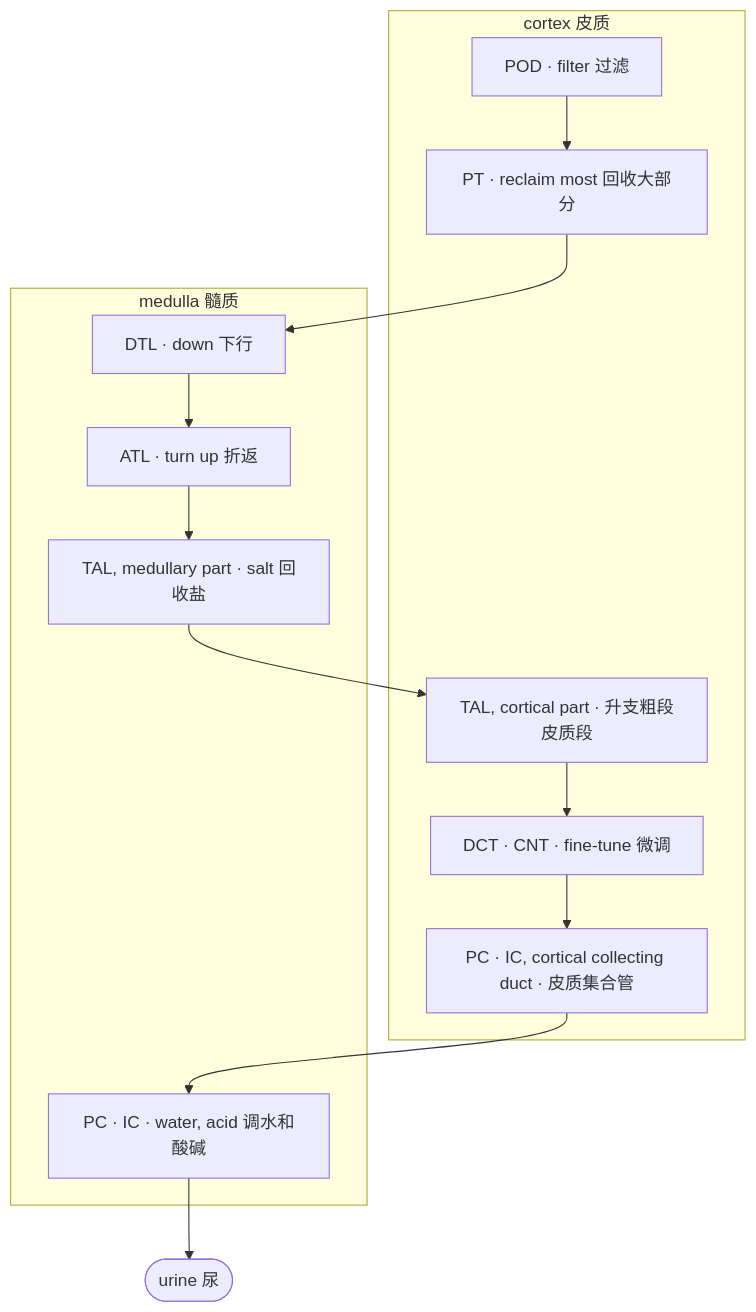
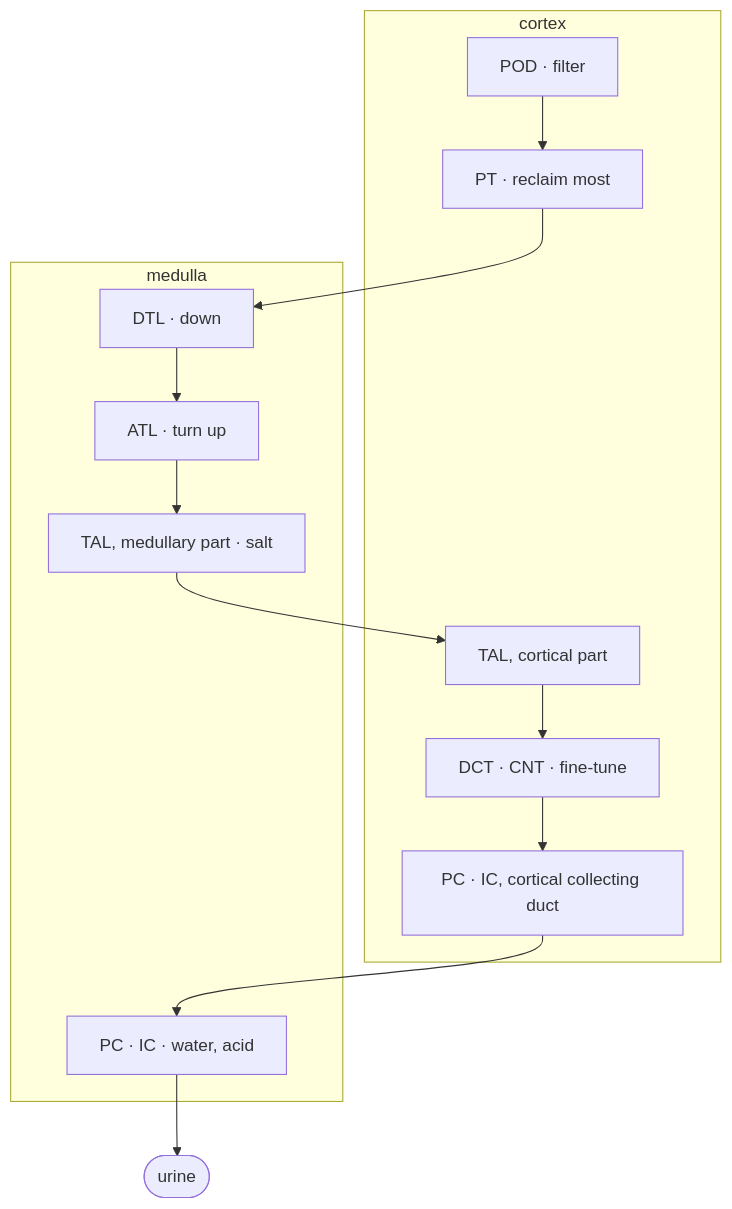
Before and after one commit to jasonjin34/Medical_reading_material: the second of 2 diagrams in onboarding/03-kidney.md, drawn with Mermaid. The commit also changed other lines of this file and 82 other files, not shown here.

````diff
--- a/onboarding/03-kidney.md
+++ b/onboarding/03-kidney.md
@@ -84,19 +108,19 @@
 ```mermaid
 flowchart TB
-  subgraph cortex["cortex 皮质"]
-    POD["POD · filter 过滤"] --> PT["PT · reclaim most 回收大部分"]
-    CTAL["TAL, cortical part · 升支粗段皮质段"]
-    DCT["DCT · CNT · fine-tune 微调"]
-    CCD["PC · IC, cortical collecting duct · 皮质集合管"]
+  subgraph cortex["cortex"]
+    POD["POD · filter"] --> PT["PT · reclaim most"]
+    CTAL["TAL, cortical part"]
+    DCT["DCT · CNT · fine-tune"]
+    CCD["PC · IC, cortical collecting duct"]
   end
-  subgraph medulla["medulla 髓质"]
-    DTL["DTL · down 下行"] --> ATL["ATL · turn up 折返"] --> MTAL["TAL, medullary part · salt 回收盐"]
-    MCD["PC · IC · water, acid 调水和酸碱"]
+  subgraph medulla["medulla"]
+    DTL["DTL · down"] --> ATL["ATL · turn up"] --> MTAL["TAL, medullary part · salt"]
+    MCD["PC · IC · water, acid"]
   end
   PT --> DTL
   MTAL --> CTAL
   CTAL --> DCT
   DCT --> CCD
   CCD --> MCD
-  MCD --> U(["urine 尿"])
+  MCD --> U(["urine"])
 ```
````
